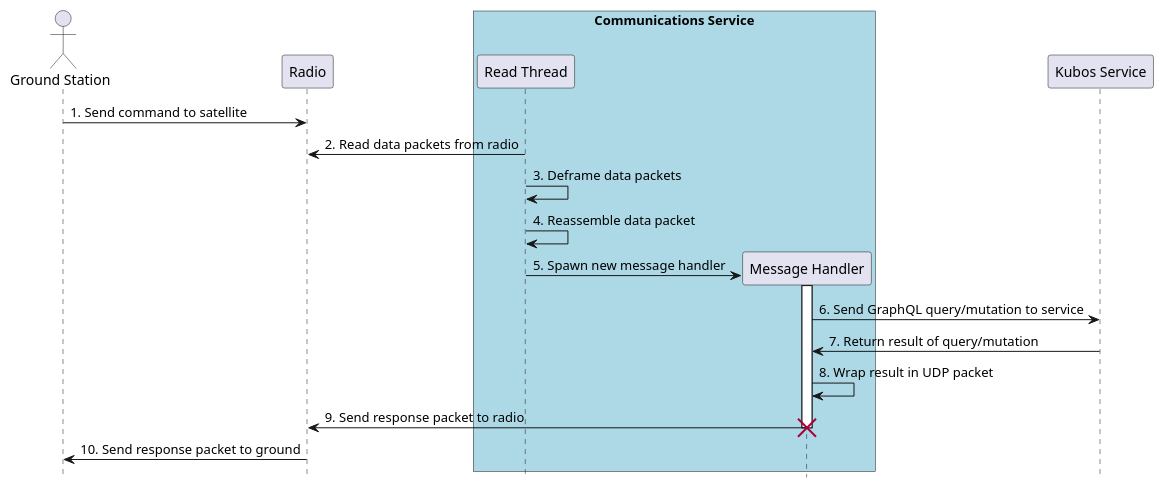
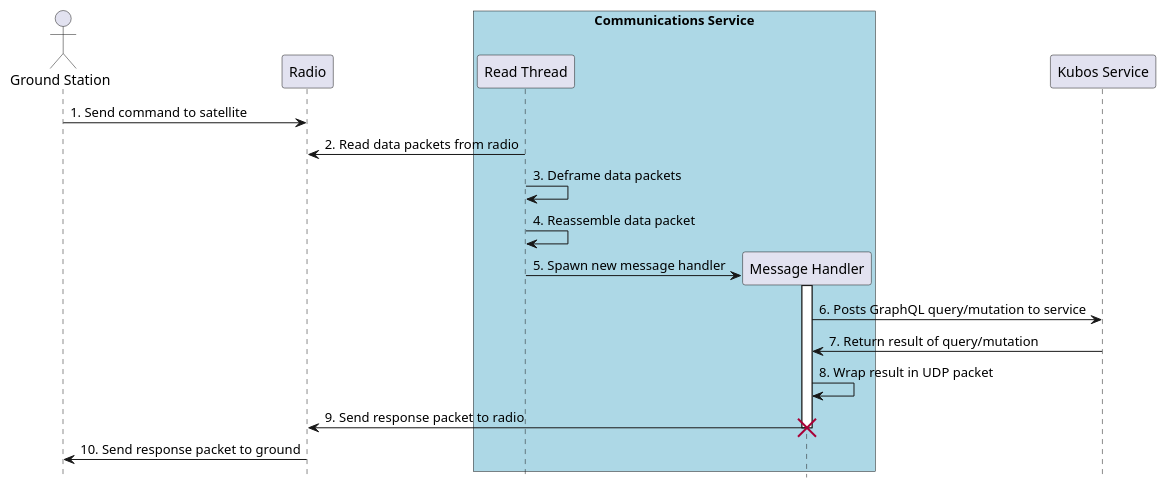
The second of 3 diagrams in docs/services/comms-framework.rst (kubos/kubos), drawn with PlantUML before and after one commit. The commit also changed other lines of this file and 1 other file, not shown here.

Commit message:
Updating comms service docs.

```diff
--- a/docs/services/comms-framework.rst
+++ b/docs/services/comms-framework.rst
@@ -65,35 +63,35 @@
 .. uml::
 
     @startuml
     
     hide footbox
     
     actor "Ground Station" as ground
     participant Radio
     
     ground -> Radio : 1. Send command to satellite
     
     box "Communications Service" #LightBlue
         participant "Read Thread" as read
 
         Radio <- read : 2. Read data packets from radio
         read -> read : 3. Deframe data packets
         read -> read : 4. Reassemble data packet
         
         create "Message Handler" as handler
         read -> handler : 5. Spawn new message handler
         activate handler
     end box
     
     participant "Kubos Service" as service
     
-    handler -> service : 6. Send GraphQL query/mutation to service
+    handler -> service : 6. Posts GraphQL query/mutation to service
     service -> handler : 7. Return result of query/mutation
     handler -> handler : 8. Wrap result in UDP packet
     handler -> Radio : 9. Send response packet to radio
     destroy handler
     
     Radio -> ground : 10. Send response packet to ground
     
     
     @enduml
```
